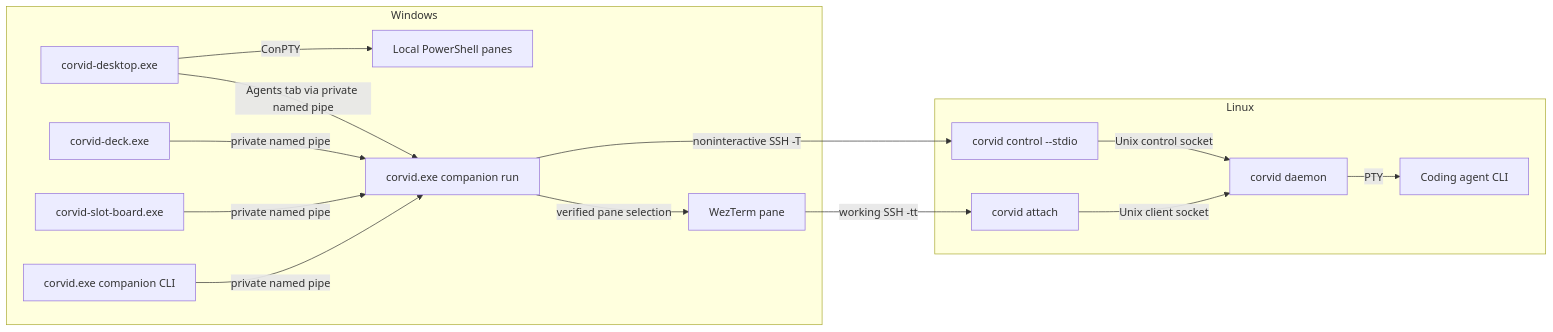
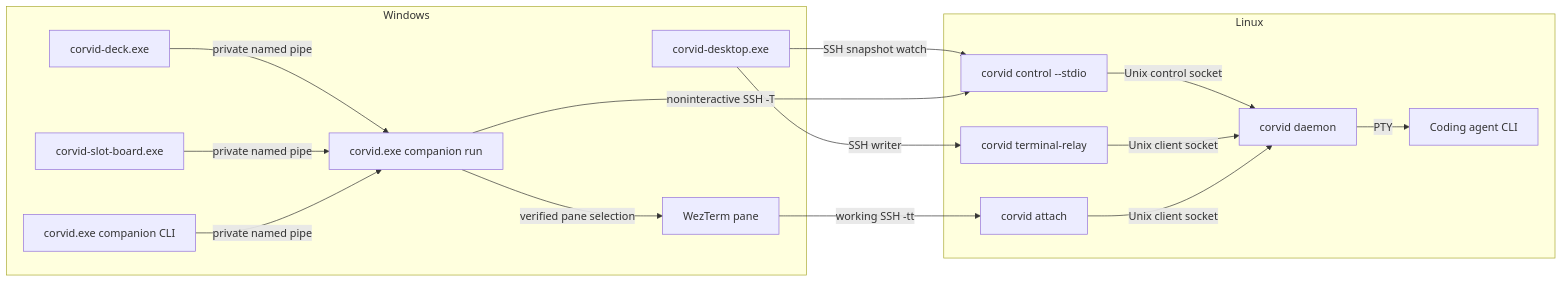
The diagram in docs/04_companion.md (DosangGu/corvid), drawn with Mermaid before and after one commit. The commit also changed other lines of this file and 29 other files, not shown here.

First line of the commit message:
feat: attach Corvid Desktop to the multiplexer daemon

````diff
--- a/docs/04_companion.md
+++ b/docs/04_companion.md
@@ -141,29 +123,30 @@
 ```mermaid
 flowchart LR
     subgraph Windows
         Desktop["corvid-desktop.exe"]
-        PowerShell["Local PowerShell panes"]
         Deck["corvid-deck.exe"]
         Board["corvid-slot-board.exe"]
         CLI["corvid.exe companion CLI"]
         Companion["corvid.exe companion run"]
         WezTerm["WezTerm pane"]
-        Desktop -->|"ConPTY"| PowerShell
-        Desktop -->|"Agents tab via private named pipe"| Companion
         Deck -->|"private named pipe"| Companion
         Board -->|"private named pipe"| Companion
         CLI -->|"private named pipe"| Companion
         Companion -->|"verified pane selection"| WezTerm
     end
     subgraph Linux
+        WriterRelay["corvid terminal-relay"]
         Relay["corvid control --stdio"]
         TUI["corvid attach"]
         Daemon["corvid daemon"]
         Agent["Coding agent CLI"]
         Relay -->|"Unix control socket"| Daemon
+        WriterRelay -->|"Unix client socket"| Daemon
         TUI -->|"Unix client socket"| Daemon
         Daemon -->|"PTY"| Agent
     end
+    Desktop -->|"SSH writer"| WriterRelay
+    Desktop -->|"SSH snapshot watch"| Relay
     Companion -->|"noninteractive SSH -T"| Relay
     WezTerm -->|"working SSH -tt"| TUI
 ```
````
